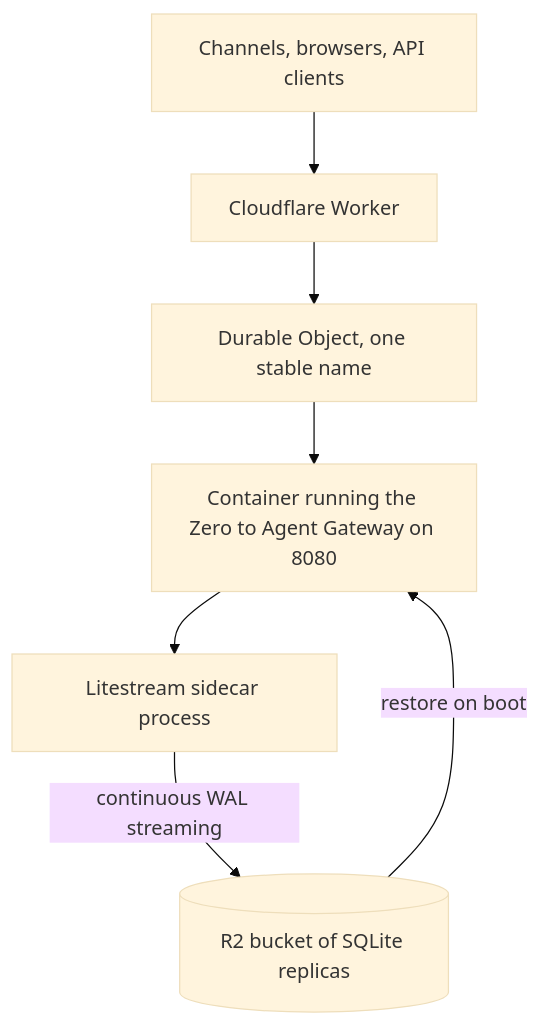
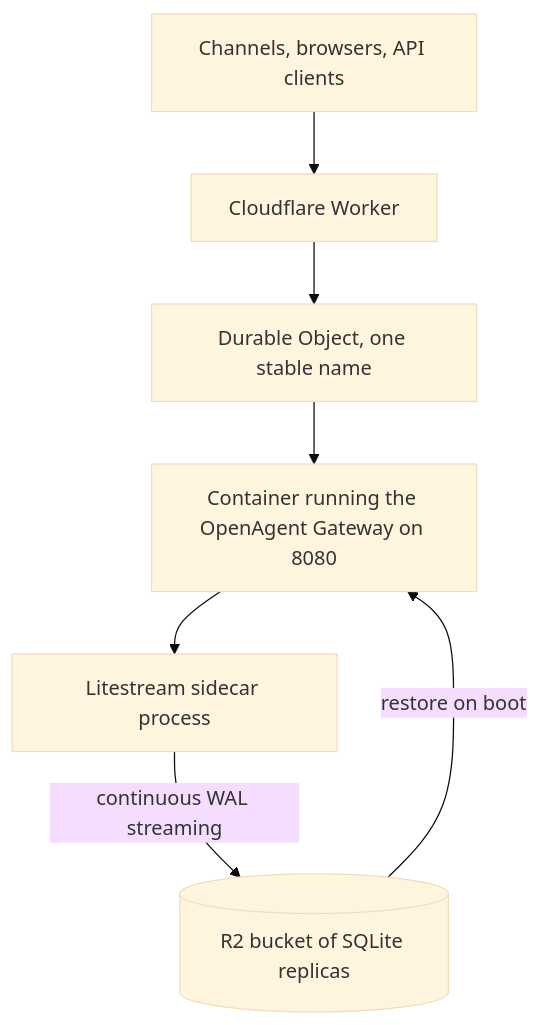
Before and after one commit to celaya-solutions/CSR-AGENT: the diagram in docs/install/cloudflare.md, drawn with Mermaid (base theme). The commit also changed other lines of this file and 6032 other files, not shown here.

First line of the commit message:
refactor: rebrand user-facing display text to OpenAgent by Celaya Solutions

````diff
--- a/docs/install/cloudflare.md
+++ b/docs/install/cloudflare.md
@@ -31,16 +31,16 @@
 ```mermaid
 flowchart TD
     client[Channels, browsers, API clients]
     worker[Cloudflare Worker]
     durable[Durable Object, one stable name]
-    container[Container running the Zero to Agent Gateway on 8080]
+    container[Container running the OpenAgent Gateway on 8080]
     litestream[Litestream sidecar process]
     r2[(R2 bucket of SQLite replicas)]
 
     client --> worker
     worker --> durable
     durable --> container
     container --> litestream
     litestream -- continuous WAL streaming --> r2
     r2 -- restore on boot --> container
 ```
````
